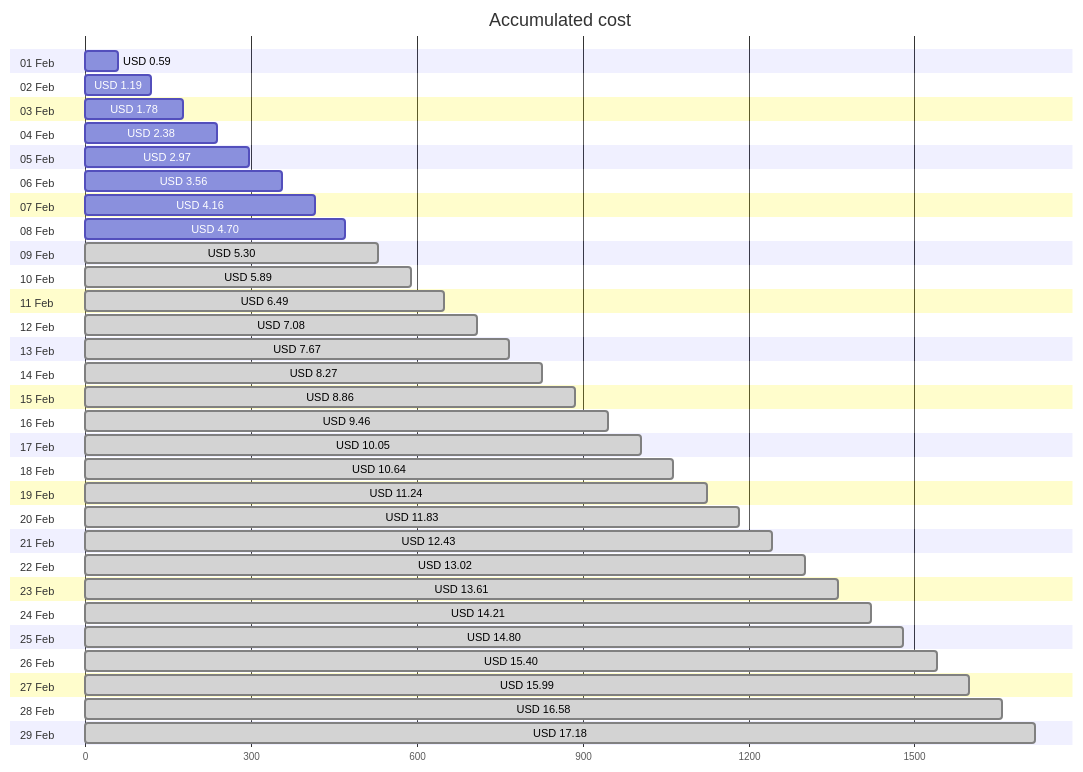
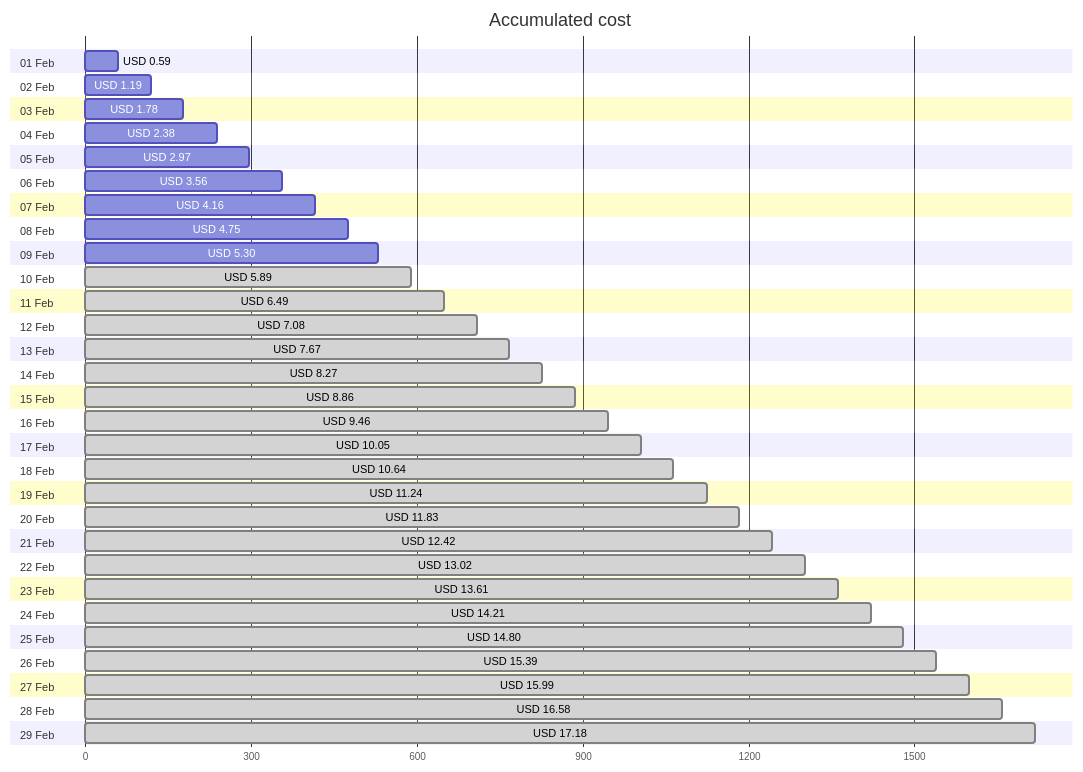
One commit to jpfulton/azure-personal-reports changed the first of 4 diagrams in cost-reports/personal-site/README.md. Above: the diagram before and after it, drawn with Mermaid. The commit also changed other lines of this file and 6 other files, not shown here.

````diff
--- a/cost-reports/personal-site/README.md
+++ b/cost-reports/personal-site/README.md
@@ -20,64 +20,64 @@
 ```mermaid
 gantt
    title Accumulated cost
    dateFormat  X
    axisFormat %s
    section 01 Feb
    USD 0.59 :0, 59
    section 02 Feb
    USD 1.19 :0, 119
    section 03 Feb
    USD 1.78 :0, 178
    section 04 Feb
    USD 2.38 :0, 238
    section 05 Feb
    USD 2.97 :0, 297
    section 06 Feb
    USD 3.56 :0, 356
    section 07 Feb
    USD 4.16 :0, 416
    section 08 Feb
-   USD 4.70 :0, 470
+   USD 4.75 :0, 475
    section 09 Feb
-   USD 5.30 : done, 0, 530
+   USD 5.30 :0, 530
    section 10 Feb
    USD 5.89 : done, 0, 589
    section 11 Feb
    USD 6.49 : done, 0, 649
    section 12 Feb
    USD 7.08 : done, 0, 708
    section 13 Feb
    USD 7.67 : done, 0, 767
    section 14 Feb
    USD 8.27 : done, 0, 827
    section 15 Feb
    USD 8.86 : done, 0, 886
    section 16 Feb
    USD 9.46 : done, 0, 946
    section 17 Feb
    USD 10.05 : done, 0, 1005
    section 18 Feb
    USD 10.64 : done, 0, 1064
    section 19 Feb
    USD 11.24 : done, 0, 1124
    section 20 Feb
    USD 11.83 : done, 0, 1183
    section 21 Feb
-   USD 12.43 : done, 0, 1243
+   USD 12.42 : done, 0, 1242
    section 22 Feb
    USD 13.02 : done, 0, 1302
    section 23 Feb
    USD 13.61 : done, 0, 1361
    section 24 Feb
    USD 14.21 : done, 0, 1421
    section 25 Feb
    USD 14.80 : done, 0, 1480
    section 26 Feb
-   USD 15.40 : done, 0, 1540
+   USD 15.39 : done, 0, 1539
    section 27 Feb
    USD 15.99 : done, 0, 1599
    section 28 Feb
    USD 16.58 : done, 0, 1658
    section 29 Feb
    USD 17.18 : done, 0, 1718
 ```
````
